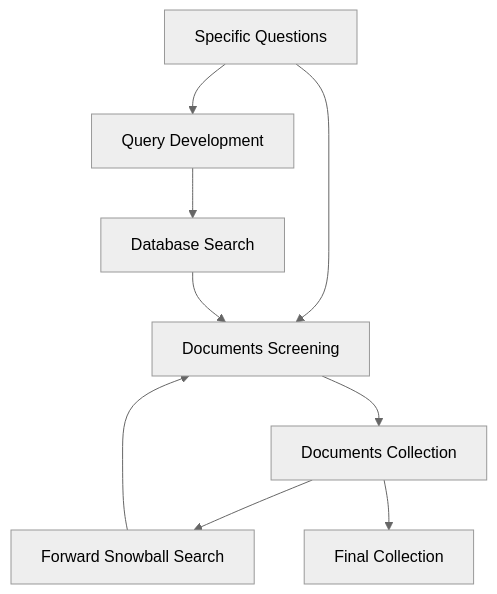
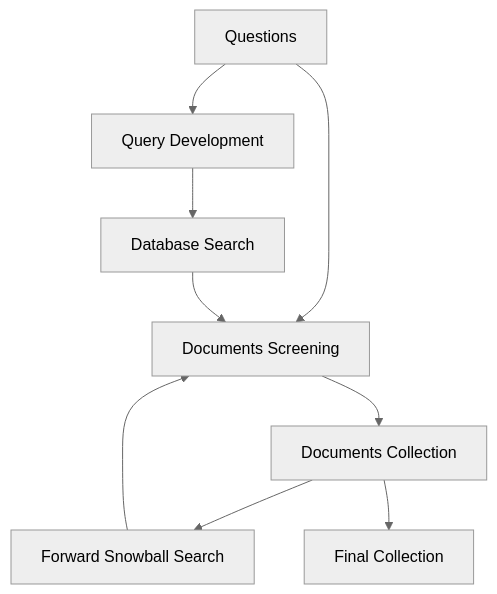
The third of 5 diagrams in 02_methods.qmd (hugotseixas/tica-book), drawn with Mermaid (neutral theme) before and after one commit. The commit also changed other lines of this file, not shown here.

````diff
--- a/02_methods.qmd
+++ b/02_methods.qmd
@@ -60,17 +99,17 @@
 ```{mermaid}
 %%| label: fig-review-diagram
 %%| fig-cap: Workflow of literature review
 %%| fig-responsive: true
 %%| fig-align: center
 
 flowchart TD
-    A[Specific Questions] --> B[Query Development]
-    A[Specific Questions] --> C[Documents Screening]
+    A[Questions] --> B[Query Development]
+    A[Questions] --> C[Documents Screening]
     B[Query Development] --> D[Database Search]
     D[Database Search] --> C[Documents Screening]
     C[Documents Screening] --> E[Documents Collection]
     E[Documents Collection] --> F[Forward Snowball Search]
     F[Forward Snowball Search] --> C[Documents Screening]
     E[Documents Collection] --> G[Final Collection]
 
 ```
````
